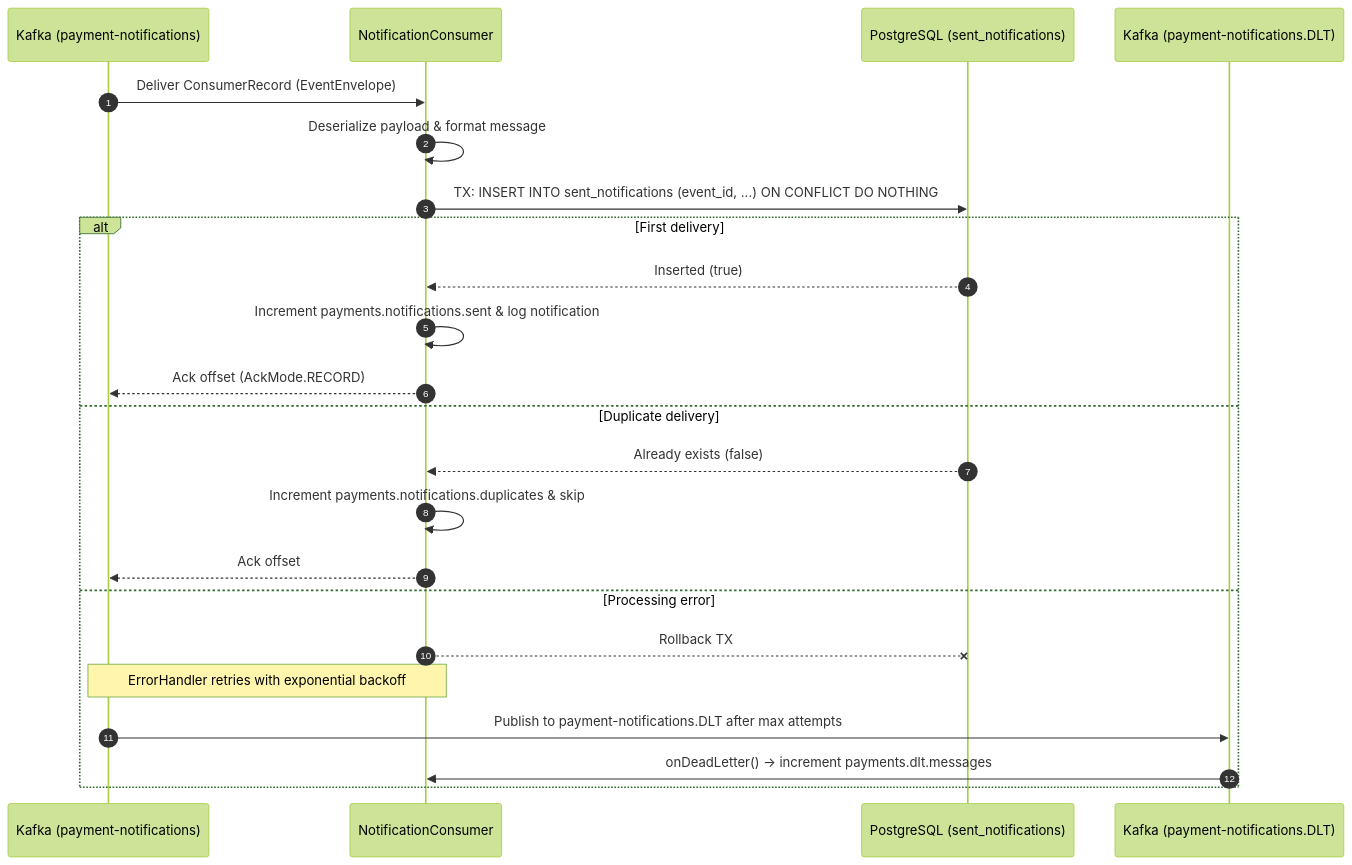
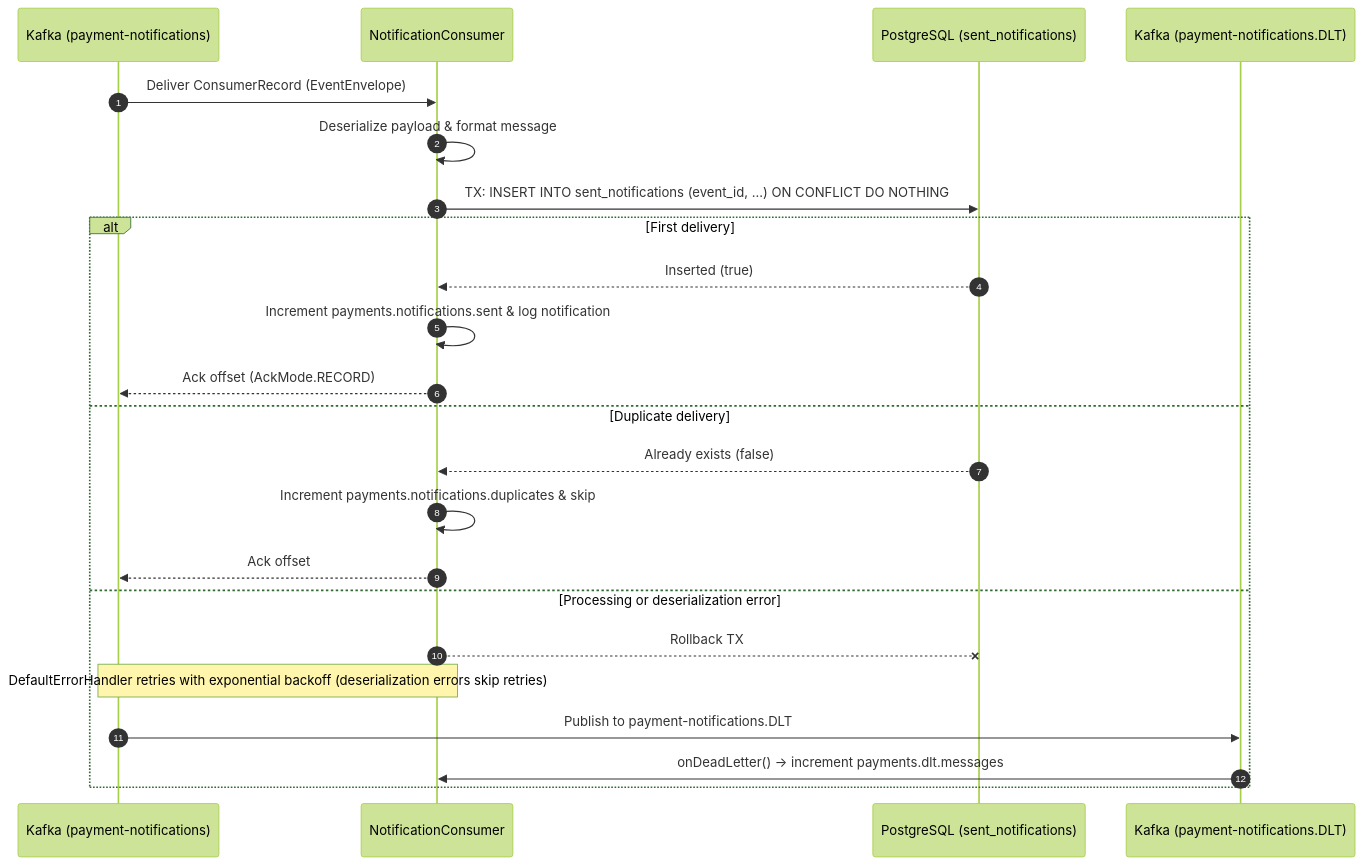
Before and after one commit to Luisa13/Alpian-Payment-Service: the third of 4 diagrams in docs/flows.md, drawn with Mermaid (forest theme). The commit also changed other lines of this file and 15 other files, not shown here.

````diff
--- a/docs/flows.md
+++ b/docs/flows.md
@@ -92,26 +94,26 @@
 ```mermaid
 sequenceDiagram
     autonumber
     participant K as Kafka (payment-notifications)
     participant NC as NotificationConsumer
     participant DB as PostgreSQL (sent_notifications)
     participant DLT as Kafka (payment-notifications.DLT)
 
     K->>NC: Deliver ConsumerRecord (EventEnvelope)
     NC->>NC: Deserialize payload & format message
     NC->>DB: TX: INSERT INTO sent_notifications (event_id, ...) ON CONFLICT DO NOTHING
     alt First delivery
         DB-->>NC: Inserted (true)
         NC->>NC: Increment payments.notifications.sent & log notification
         NC-->>K: Ack offset (AckMode.RECORD)
     else Duplicate delivery
         DB-->>NC: Already exists (false)
         NC->>NC: Increment payments.notifications.duplicates & skip
         NC-->>K: Ack offset
-    else Processing error
+    else Processing or deserialization error
         NC--xDB: Rollback TX
-        Note over K,NC: ErrorHandler retries with exponential backoff
-        K->>DLT: Publish to payment-notifications.DLT after max attempts
+        Note over K,NC: DefaultErrorHandler retries with exponential backoff (deserialization errors skip retries)
+        K->>DLT: Publish to payment-notifications.DLT
         DLT->>NC: onDeadLetter() -> increment payments.dlt.messages
     end
 ```
````
